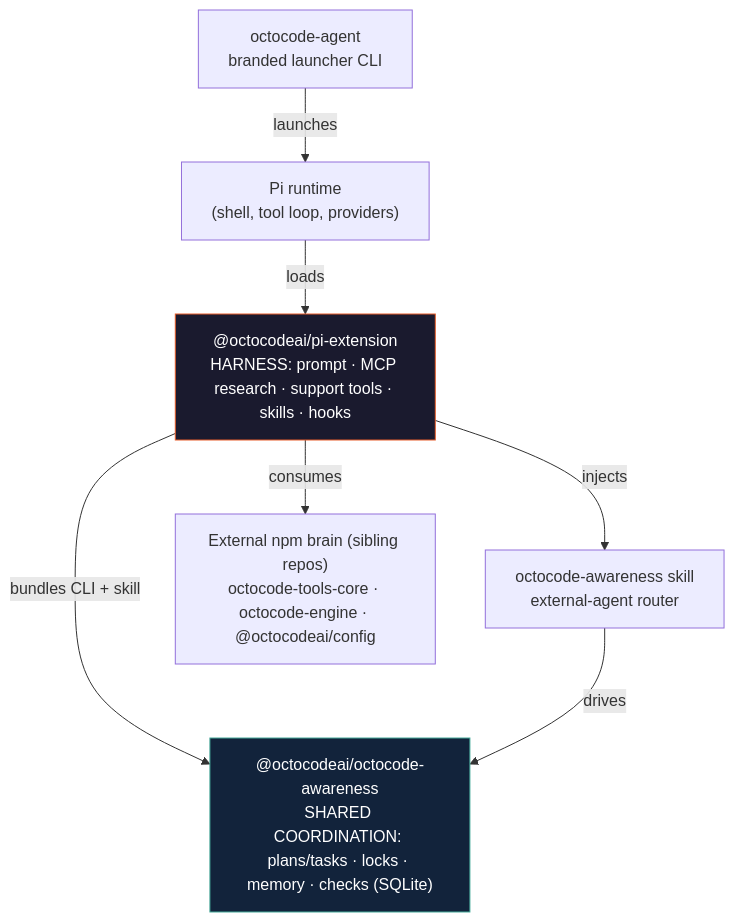
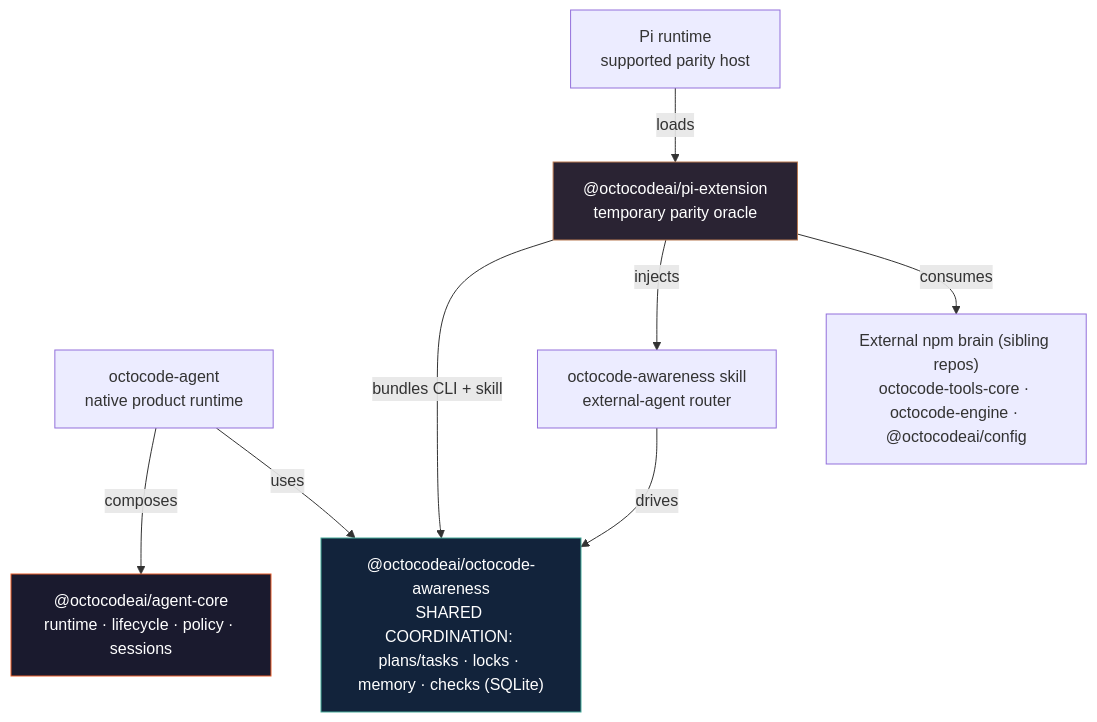
Before and after one commit to bgauryy/octocode-agent: the diagram in README.md, drawn with Mermaid. The commit also changed other lines of this file and 430 other files, not shown here.

````diff
--- a/README.md
+++ b/README.md
@@ -263,19 +266,22 @@
 ```mermaid
 graph TD
-    AGENT["octocode-agent<br/>branded launcher CLI"]
-    PI["Pi runtime<br/>(shell, tool loop, providers)"]
-    EXT["@octocodeai/pi-extension<br/>HARNESS: prompt · MCP research · support tools · skills · hooks"]
+    AGENT["octocode-agent<br/>native product runtime"]
+    CORE["@octocodeai/agent-core<br/>runtime · lifecycle · policy · sessions"]
+    PI["Pi runtime<br/>supported parity host"]
+    EXT["@octocodeai/pi-extension<br/>temporary parity oracle"]
     AW["@octocodeai/octocode-awareness<br/>SHARED COORDINATION: plans/tasks · locks · memory · checks (SQLite)"]
     SKILL["octocode-awareness skill<br/>external-agent router"]
     BRAIN["External npm brain (sibling repos)<br/>octocode-tools-core · octocode-engine · @octocodeai/config"]
 
-    AGENT -- launches --> PI
+    AGENT -- composes --> CORE
+    AGENT -- uses --> AW
     PI -- loads --> EXT
     EXT -- bundles CLI + skill --> AW
     EXT -- injects --> SKILL
     SKILL -- drives --> AW
     EXT -- consumes --> BRAIN
 
-    style EXT fill:#1a1a2e,stroke:#e75d2a,color:#fff
+    style CORE fill:#1a1a2e,stroke:#e75d2a,color:#fff
+    style EXT fill:#2a2333,stroke:#b87850,color:#fff
     style AW fill:#12233b,stroke:#4a9,color:#fff
 ```
````
